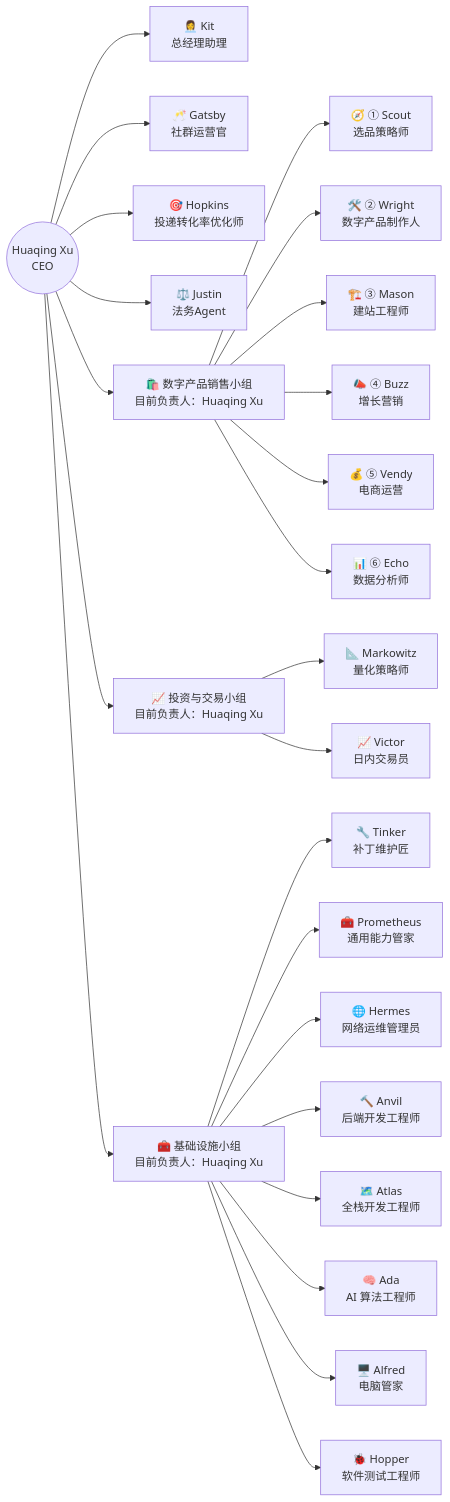
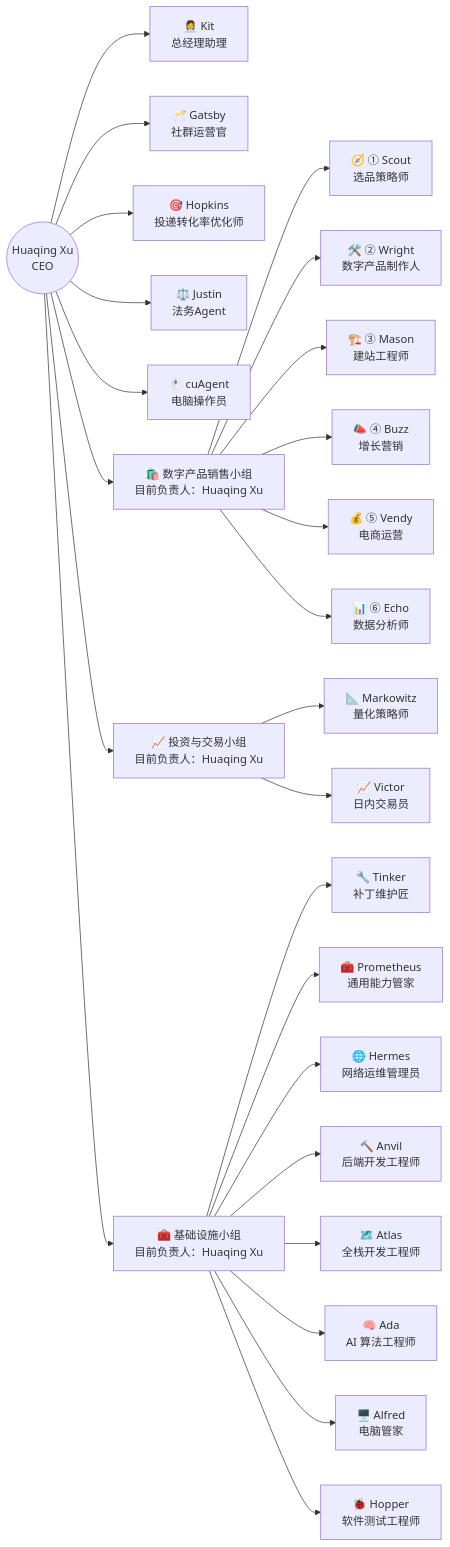
One commit to xhqing/xhqing changed the diagram in README_cn.md. Above: the diagram before and after it, drawn with Mermaid. The commit also changed other lines of this file and 3 other files, not shown here.

````diff
--- a/README_cn.md
+++ b/README_cn.md
@@ -31,31 +31,32 @@
 ```mermaid
 graph LR
     CEO(("Huaqing Xu<br/>CEO"))
 
     CEO --> Kit["👩‍💼 Kit<br/>总经理助理"]
     CEO --> Gatsby["🥂 Gatsby<br/>社群运营官"]
     CEO --> Hopkins["🎯 Hopkins<br/>投递转化率优化师"]
     CEO --> Justin["⚖️ Justin<br/>法务Agent"]
+    CEO --> cuAgent["🖱️ cuAgent<br/>电脑操作员"]
 
     CEO --> DP["🛍️ 数字产品销售小组<br/>目前负责人：Huaqing Xu"]
     DP --> Scout["🧭 ① Scout<br/>选品策略师"]
     DP --> Wright["🛠️ ② Wright<br/>数字产品制作人"]
     DP --> Mason["🏗️ ③ Mason<br/>建站工程师"]
     DP --> Buzz["📣 ④ Buzz<br/>增长营销"]
     DP --> Vendy["💰 ⑤ Vendy<br/>电商运营"]
     DP --> Echo["📊 ⑥ Echo<br/>数据分析师"]
 
     CEO --> TR["📈 投资与交易小组<br/>目前负责人：Huaqing Xu"]
     TR --> Markowitz["📐 Markowitz<br/>量化策略师"]
     TR --> Victor["📈 Victor<br/>日内交易员"]
 
     CEO --> INF["🧰 基础设施小组<br/>目前负责人：Huaqing Xu"]
     INF --> Tinker["🔧 Tinker<br/>补丁维护匠"]
     INF --> Prometheus["🧰 Prometheus<br/>通用能力管家"]
     INF --> Hermes["🌐 Hermes<br/>网络运维管理员"]
     INF --> Anvil["🔨 Anvil<br/>后端开发工程师"]
     INF --> Atlas["🗺️ Atlas<br/>全栈开发工程师"]
     INF --> Ada["🧠 Ada<br/>AI 算法工程师"]
     INF --> Alfred["🖥️ Alfred<br/>电脑管家"]
     INF --> Hopper["🐞 Hopper<br/>软件测试工程师"]
 ```
````
